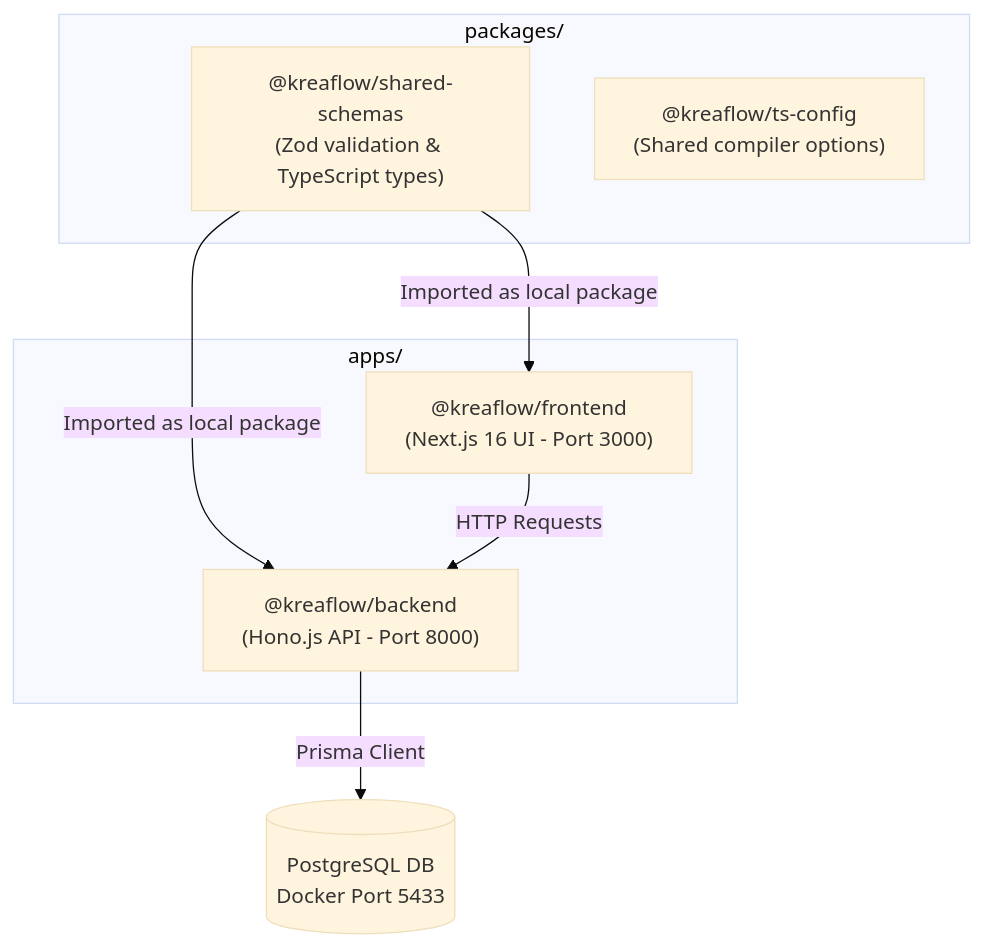
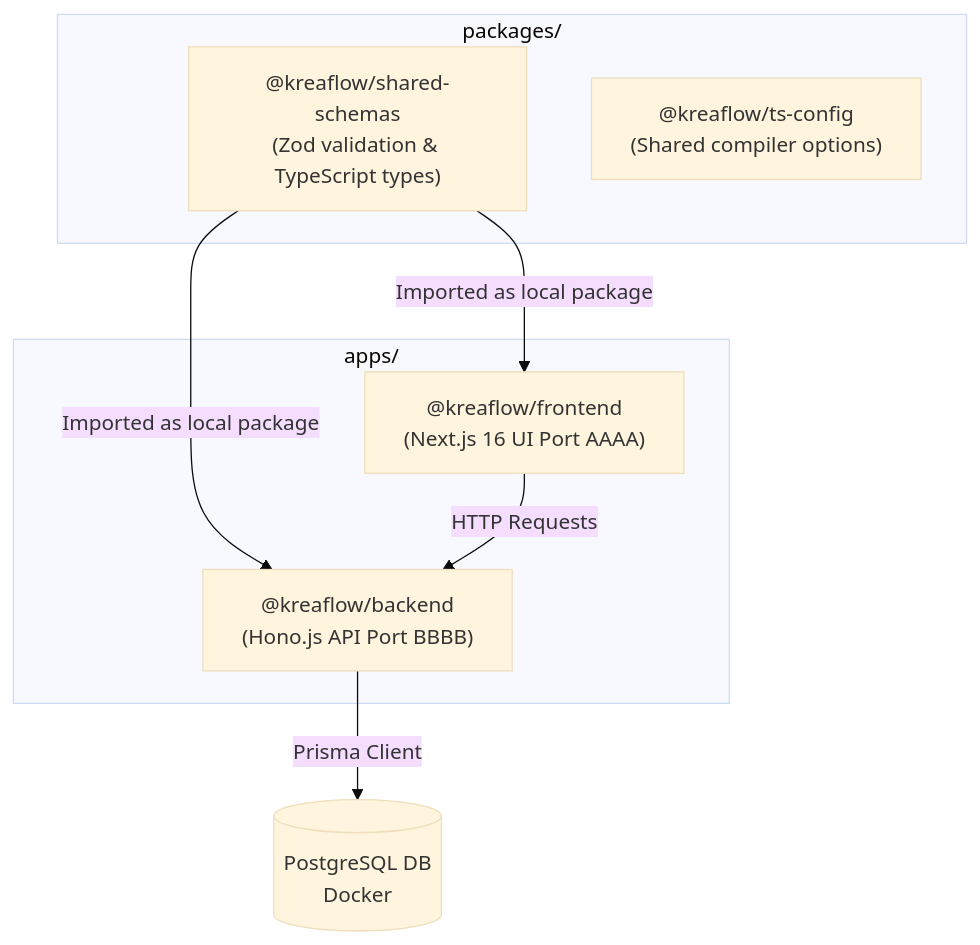
Before and after one commit to Alan-00280/kreaflow: the diagram in README.md, drawn with Mermaid (base theme).

````diff
--- a/README.md
+++ b/README.md
@@ -11,19 +11,19 @@
 ```mermaid
 graph TD
     subgraph packages/ [packages/]
         shared-schemas["@kreaflow/shared-schemas<br>(Zod validation & TypeScript types)"]
         tsconfig["@kreaflow/ts-config<br>(Shared compiler options)"]
     end
 
     subgraph apps/ [apps/]
-        frontend["@kreaflow/frontend<br>(Next.js 16 UI - Port 3000)"]
-        backend["@kreaflow/backend<br>(Hono.js API - Port 8000)"]
+        frontend["@kreaflow/frontend<br>(Next.js 16 UI Port AAAA)"]
+        backend["@kreaflow/backend<br>(Hono.js API Port BBBB)"]
     end
 
-    db[(PostgreSQL DB<br>Docker Port 5433)]
+    db[(PostgreSQL DB<br>Docker)]
 
     shared-schemas -->|Imported as local package| frontend
     shared-schemas -->|Imported as local package| backend
     frontend -->|HTTP Requests| backend
     backend -->|Prisma Client| db
 ```
````
